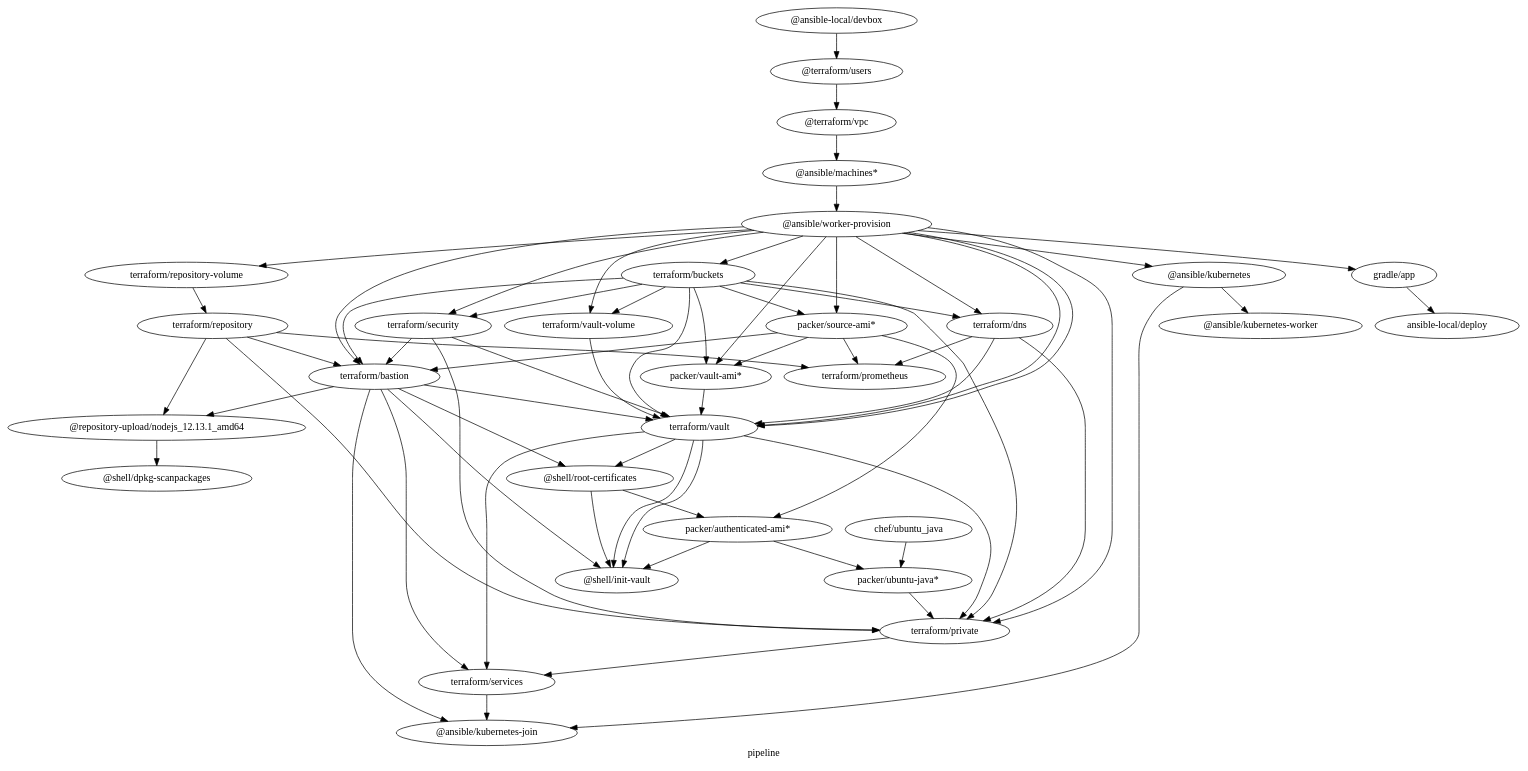
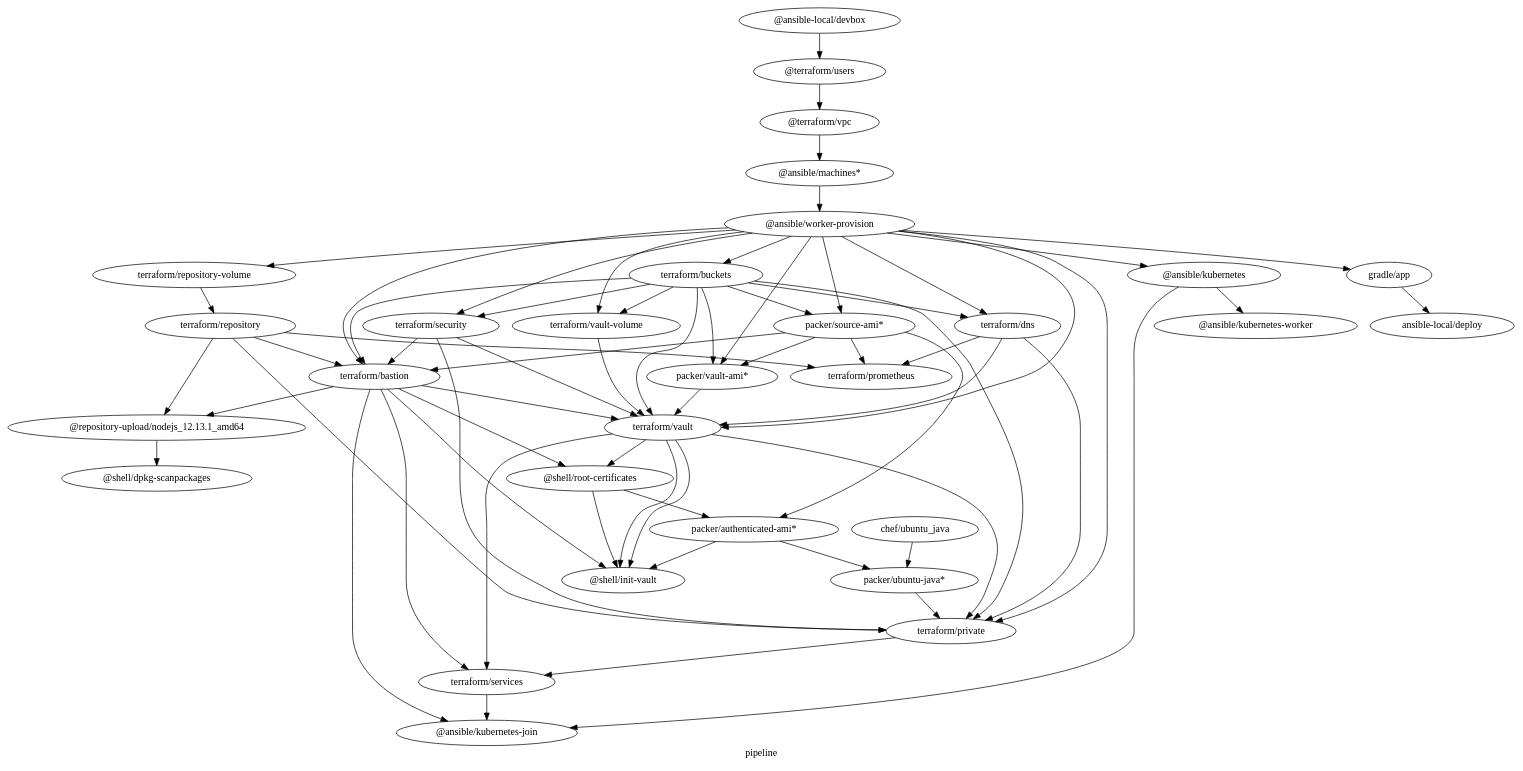
The diagram in architecture.dot (samsquire/mazzle-starter), drawn with Graphviz before and after one commit. The commit also changed 1 other file, not shown here.

```diff
--- a/architecture.dot
+++ b/architecture.dot
@@ -1,101 +1,100 @@
 digraph G {
   label="pipeline";
   rankdir=TB;
 
 
 
 "packer/source-ami*" -> { "terraform/bastion";
                           "packer/vault-ami*"
                         }
 
 "terraform/bastion" -> "@repository-upload/nodejs_12.13.1_amd64"
 "terraform/repository" -> "@repository-upload/nodejs_12.13.1_amd64"
 
 "@repository-upload/nodejs_12.13.1_amd64" -> "@shell/dpkg-scanpackages"
 
 "terraform/bastion" -> "@ansible/kubernetes-join";
 "terraform/services" -> "@ansible/kubernetes-join";
 "@ansible/kubernetes" -> "@ansible/kubernetes-join";
 
 "@ansible/worker-provision" -> "terraform/repository-volume" -> "terraform/repository";
 
 "terraform/repository" -> {
   "terraform/bastion";
   "terraform/private";
   "terraform/prometheus";
 }
 
 "gradle/app" -> "ansible-local/deploy";
 "@ansible/kubernetes" -> "@ansible/kubernetes-worker";
 "@ansible/worker-provision" -> {
   "gradle/app";
   "@ansible/kubernetes";
   "terraform/buckets";
   "terraform/vault";
   "terraform/dns";
   "terraform/bastion";
   "terraform/vault-volume";
   "packer/source-ami*";
   "terraform/security";
   "terraform/private";
   "packer/vault-ami*"
 }
 
 "terraform/buckets" -> {
   "terraform/vault";
   "terraform/dns";
   "terraform/bastion";
   "terraform/vault-volume";
   "packer/source-ami*";
   "terraform/security";
   "terraform/private";
   "packer/vault-ami*"
 }
 
 "packer/vault-ami*" -> "terraform/vault"
 
 "@terraform/vpc" -> "@ansible/machines*" -> "@ansible/worker-provision"
 
 "terraform/vault" -> "terraform/private";
 
 { "terraform/vault";
 "terraform/bastion";
 "terraform/private"; } -> "terraform/services";
 
 "terraform/vault-volume" -> "terraform/vault";
 
  "terraform/dns" -> "terraform/private";
  "terraform/dns" -> "terraform/vault";
 
 "terraform/security" -> "terraform/vault"
-"@ansible/worker-provision" -> "terraform/vault";
 
 "terraform/security" -> "terraform/bastion";
 "terraform/security" -> "terraform/private";
 
 "chef/ubuntu_java" -> "packer/ubuntu-java*";
 
 "@ansible-local/devbox" -> "@terraform/users" -> "@terraform/vpc";
 
 "terraform/bastion" -> "@shell/root-certificates";
 
 "terraform/vault" -> "@shell/root-certificates";
 "terraform/bastion" -> "terraform/vault";
 
 "terraform/bastion" -> "@shell/init-vault";
 "terraform/vault" -> "@shell/init-vault";
 
 "@shell/root-certificates" -> "packer/authenticated-ami*";
 
 "packer/ubuntu-java*" -> "terraform/private";
 
 "packer/source-ami*" -> "packer/authenticated-ami*";
 "packer/authenticated-ami*" -> "packer/ubuntu-java*";
 "packer/authenticated-ami*" -> "@shell/init-vault";
 "@shell/root-certificates" -> "@shell/init-vault";
 
 "terraform/vault" -> "@shell/init-vault";
 
  "terraform/dns" -> "terraform/prometheus";
  "packer/source-ami*" -> "terraform/prometheus";
 }
```
